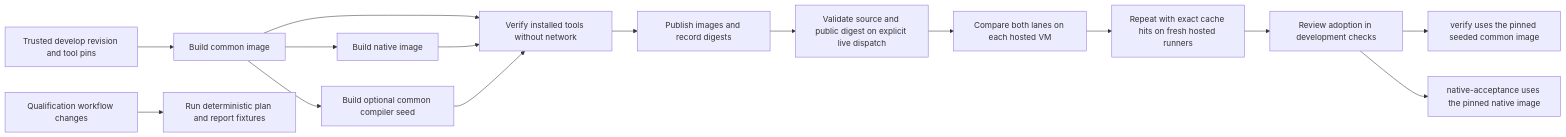
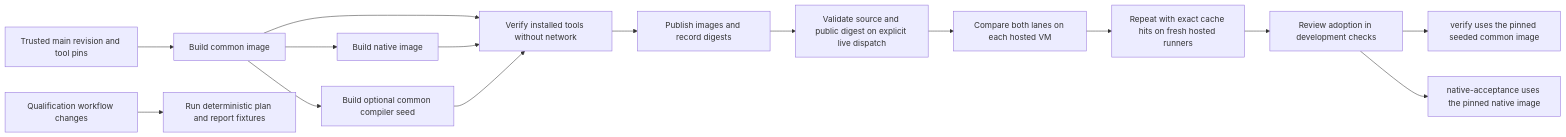
Before and after one commit to kmosoti/FabricO11y: the seventh of 10 diagrams in docs/architecture.md, drawn with Mermaid. The commit also changed other lines of this file and 18 other files, not shown here.

````diff
--- a/docs/architecture.md
+++ b/docs/architecture.md
@@ -209,17 +206,17 @@
 ```mermaid
 flowchart LR
-    Pins["Trusted develop revision and tool pins"] --> Common["Build common image"]
+    Pins["Trusted main revision and tool pins"] --> Common["Build common image"]
     Common --> Native["Build native image"]
     Common --> Seed["Build optional common compiler seed"]
     Common --> Offline["Verify installed tools without network"]
     Native --> Offline
     Seed --> Offline
     Offline --> Registry["Publish images and record digests"]
     Harness["Qualification workflow changes"] --> Sim["Run deterministic plan and report fixtures"]
     Registry --> Plan["Validate source and public digest on explicit live dispatch"]
     Plan --> Cold["Compare both lanes on each hosted VM"]
     Cold --> Warm["Repeat with exact cache hits on fresh hosted runners"]
     Warm --> Review["Review adoption in development checks"]
     Review --> Verify["verify uses the pinned seeded common image"]
     Review --> Acceptance["native-acceptance uses the pinned native image"]
 ```
````
